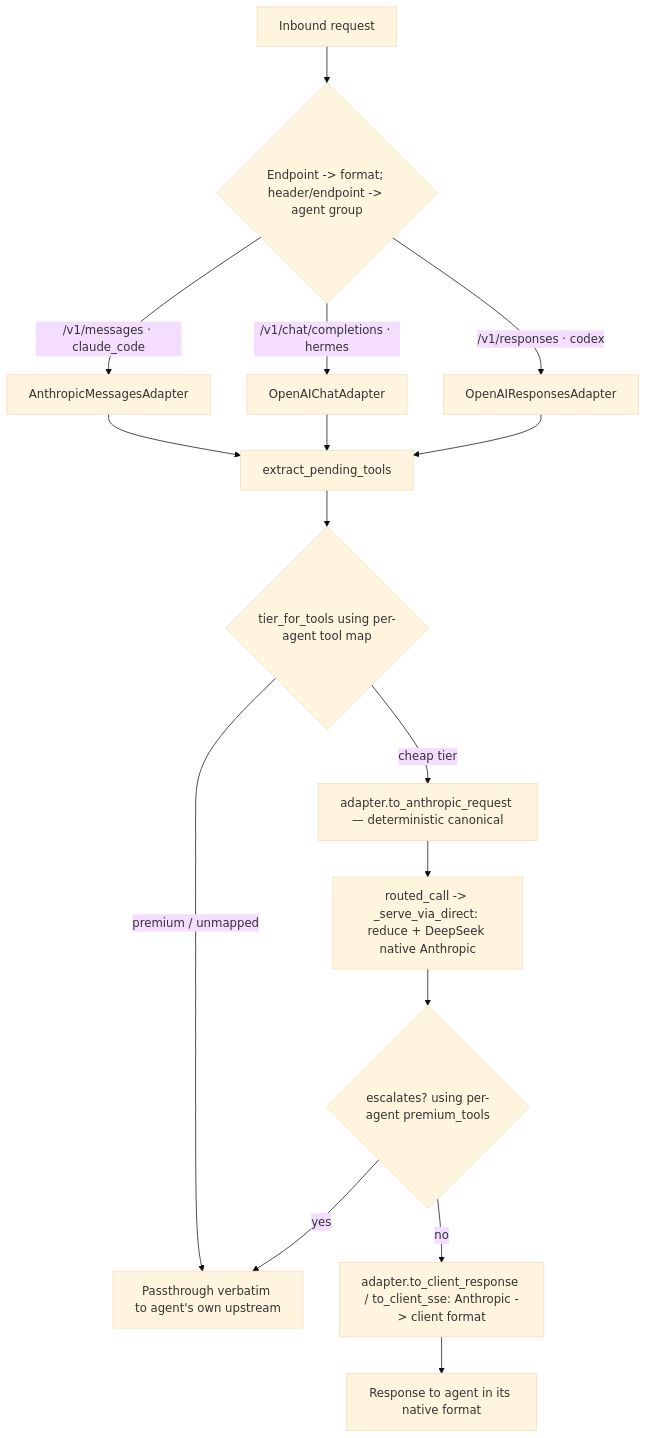
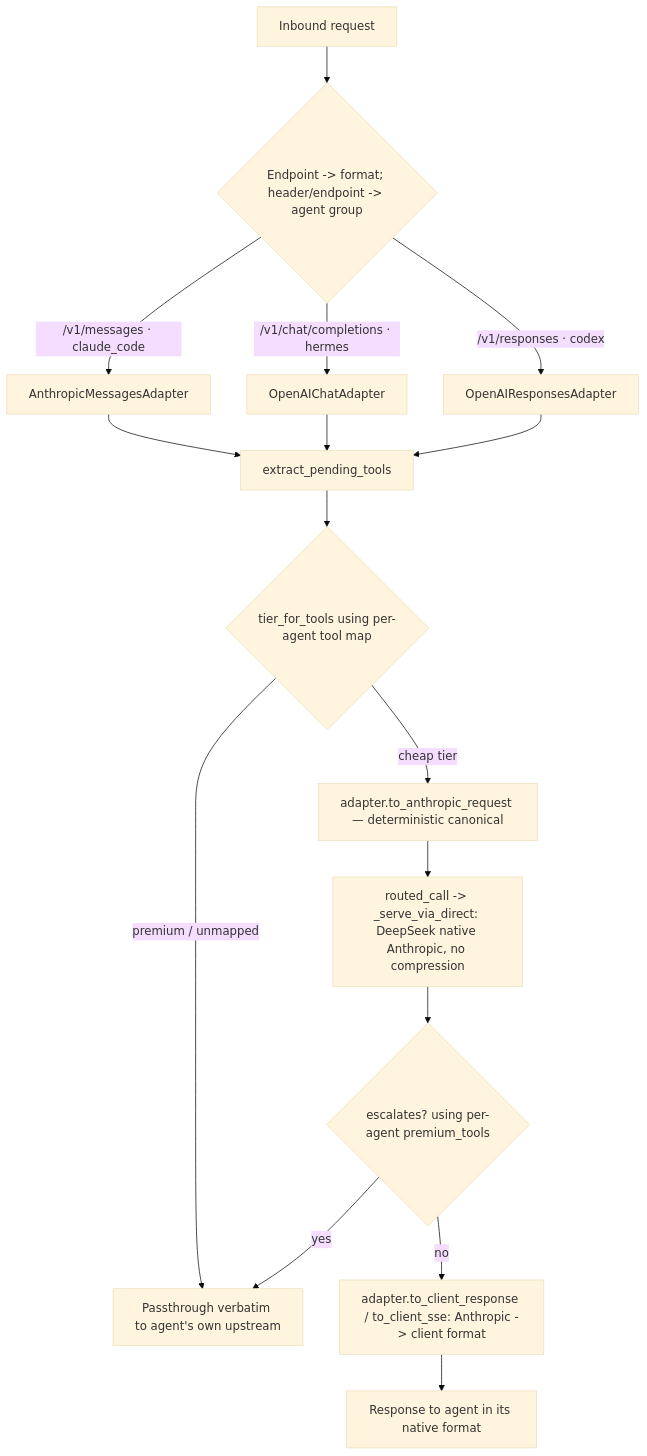
Before and after one commit to MaheshKok/ai-calls-router: the diagram in docs/plans/openai-compatibility.md, drawn with Mermaid (base theme). The commit also changed other lines of this file, not shown here.

````diff
--- a/docs/plans/openai-compatibility.md
+++ b/docs/plans/openai-compatibility.md
@@ -122,18 +124,18 @@
 ```mermaid
 flowchart TD
     A[Inbound request] --> B{Endpoint -> format; header/endpoint -> agent group}
     B -->|/v1/messages · claude_code| C[AnthropicMessagesAdapter]
     B -->|/v1/chat/completions · hermes| D[OpenAIChatAdapter]
     B -->|/v1/responses · codex| E[OpenAIResponsesAdapter]
     C --> F[extract_pending_tools]
     D --> F
     E --> F
     F --> G{tier_for_tools using per-agent tool map}
     G -->|premium / unmapped| H[Passthrough verbatim to agent's own upstream]
     G -->|cheap tier| I[adapter.to_anthropic_request — deterministic canonical]
-    I --> J[routed_call -> _serve_via_direct: reduce + DeepSeek native Anthropic]
+    I --> J[routed_call -> _serve_via_direct: DeepSeek native Anthropic, no compression]
     J --> K{escalates? using per-agent premium_tools}
     K -->|yes| H
     K -->|no| L[adapter.to_client_response / to_client_sse: Anthropic -> client format]
     L --> M[Response to agent in its native format]
 ```
````
